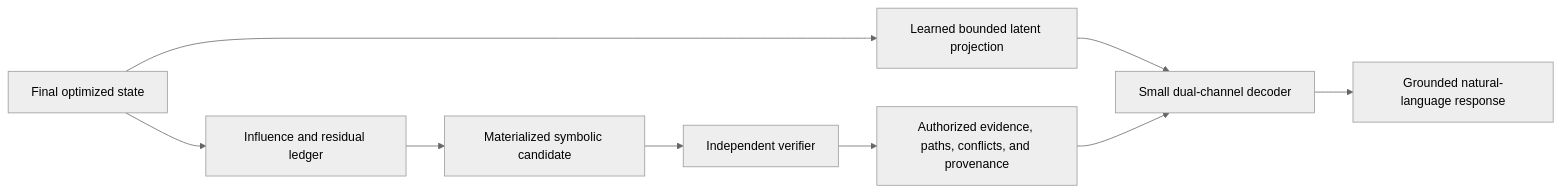
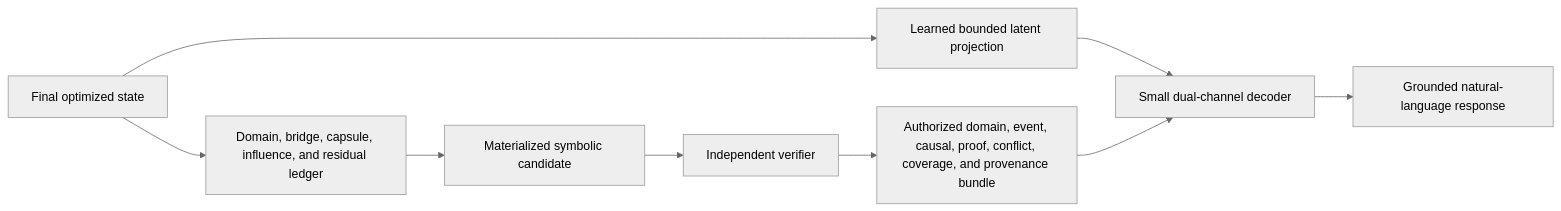
Before and after one commit to rishi-ie/LTM: the fifth of 7 diagrams in docs/architecture.md, drawn with Mermaid (neutral theme). The commit also changed other lines of this file and 2 other files, not shown here.

````diff
--- a/docs/architecture.md
+++ b/docs/architecture.md
@@ -836,14 +2610,14 @@
 ```mermaid
 flowchart LR
     A["Final optimized state"]
     B["Learned bounded latent projection"]
-    C["Influence and residual ledger"]
+    C["Domain, bridge, capsule, influence, and residual ledger"]
     D["Materialized symbolic candidate"]
     E["Independent verifier"]
-    F["Authorized evidence, paths, conflicts, and provenance"]
+    F["Authorized domain, event, causal, proof, conflict, coverage, and provenance bundle"]
     G["Small dual-channel decoder"]
     H["Grounded natural-language response"]
 
     A --> B --> G
     A --> C --> D --> E --> F --> G --> H
 ```
````
